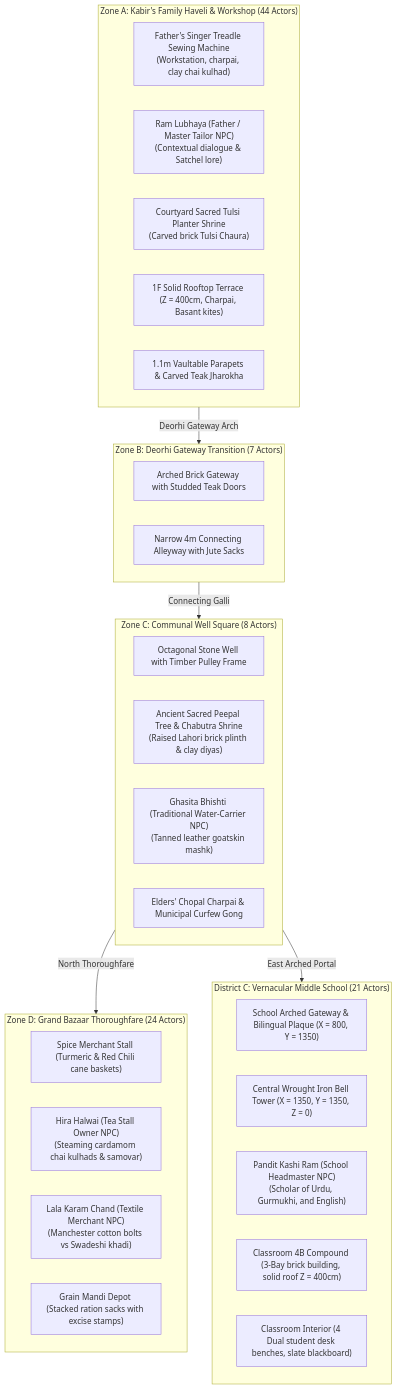
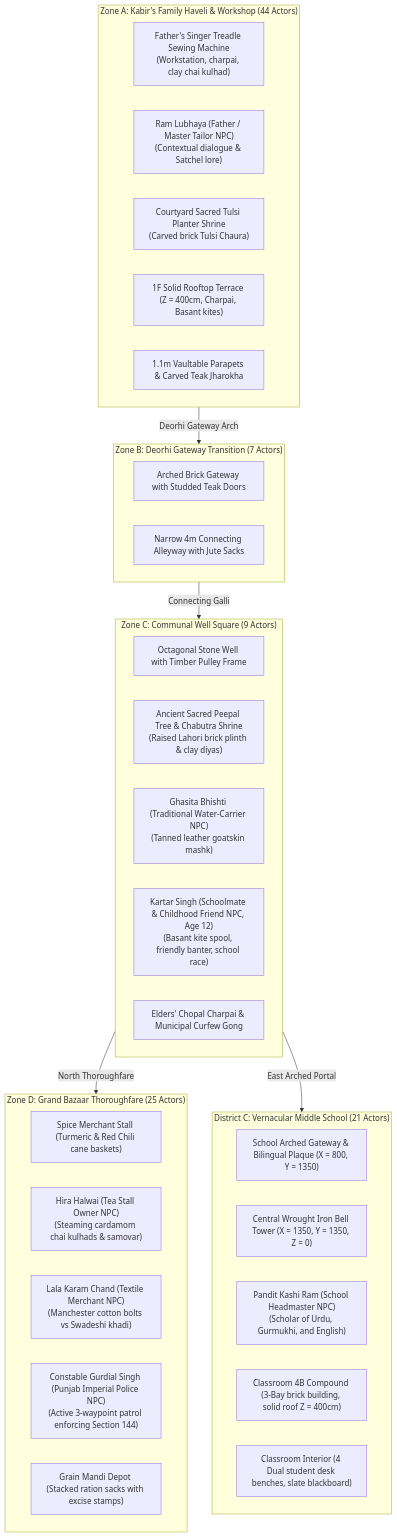
The diagram in README.md (npal78229-eng/REVOLUTION-Game), drawn with Mermaid before and after one commit. The commit also changed other lines of this file and 9 other files, not shown here.

Commit message:
feat(npcs-patrol): add schoolmate Kartar Singh and Grand Bazaar colonial constable patrol AI

````diff
--- a/README.md
+++ b/README.md
@@ -30,42 +30,44 @@
 ```mermaid
 flowchart TD
     subgraph ZoneA["Zone A: Kabir's Family Haveli & Workshop (44 Actors)"]
         A1["Father's Singer Treadle Sewing Machine\n(Workstation, charpai, clay chai kulhad)"]
         A2["Ram Lubhaya (Father / Master Tailor NPC)\n(Contextual dialogue & Satchel lore)"]
         A3["Courtyard Sacred Tulsi Planter Shrine\n(Carved brick Tulsi Chaura)"]
         A4["1F Solid Rooftop Terrace (Z = 400cm, Charpai, Basant kites)"]
         A5["1.1m Vaultable Parapets & Carved Teak Jharokha"]
     end
 
     subgraph ZoneB["Zone B: Deorhi Gateway Transition (7 Actors)"]
         B1["Arched Brick Gateway with Studded Teak Doors"]
         B2["Narrow 4m Connecting Alleyway with Jute Sacks"]
     end
 
-    subgraph ZoneC["Zone C: Communal Well Square (8 Actors)"]
+    subgraph ZoneC["Zone C: Communal Well Square (9 Actors)"]
         C1["Octagonal Stone Well with Timber Pulley Frame"]
         C2["Ancient Sacred Peepal Tree & Chabutra Shrine\n(Raised Lahori brick plinth & clay diyas)"]
         C3["Ghasita Bhishti (Traditional Water-Carrier NPC)\n(Tanned leather goatskin mashk)"]
-        C4["Elders' Chopal Charpai & Municipal Curfew Gong"]
+        C4["Kartar Singh (Schoolmate & Childhood Friend NPC, Age 12)\n(Basant kite spool, friendly banter, school race)"]
+        C5["Elders' Chopal Charpai & Municipal Curfew Gong"]
     end
 
-    subgraph ZoneD["Zone D: Grand Bazaar Thoroughfare (24 Actors)"]
+    subgraph ZoneD["Zone D: Grand Bazaar Thoroughfare (25 Actors)"]
         D1["Spice Merchant Stall (Turmeric & Red Chili cane baskets)"]
         D2["Hira Halwai (Tea Stall Owner NPC)\n(Steaming cardamom chai kulhads & samovar)"]
         D3["Lala Karam Chand (Textile Merchant NPC)\n(Manchester cotton bolts vs Swadeshi khadi)"]
-        D4["Grain Mandi Depot (Stacked ration sacks with excise stamps)"]
+        D4["Constable Gurdial Singh (Punjab Imperial Police NPC)\n(Active 3-waypoint patrol enforcing Section 144)"]
+        D5["Grain Mandi Depot (Stacked ration sacks with excise stamps)"]
     end
 
     subgraph DistrictC["District C: Vernacular Middle School (21 Actors)"]
         S1["School Arched Gateway & Bilingual Plaque (X = 800, Y = 1350)"]
         S2["Central Wrought Iron Bell Tower (X = 1350, Y = 1350, Z = 0)"]
         S3["Pandit Kashi Ram (School Headmaster NPC)\n(Scholar of Urdu, Gurmukhi, and English)"]
         S4["Classroom 4B Compound (3-Bay brick building, solid roof Z = 400cm)"]
         S5["Classroom Interior (4 Dual student desk benches, slate blackboard)"]
     end
 
     ZoneA -->|Deorhi Gateway Arch| ZoneB
     ZoneB -->|Connecting Galli| ZoneC
     ZoneC -->|North Thoroughfare| ZoneD
     ZoneC -->|East Arched Portal| DistrictC
 ```
````
